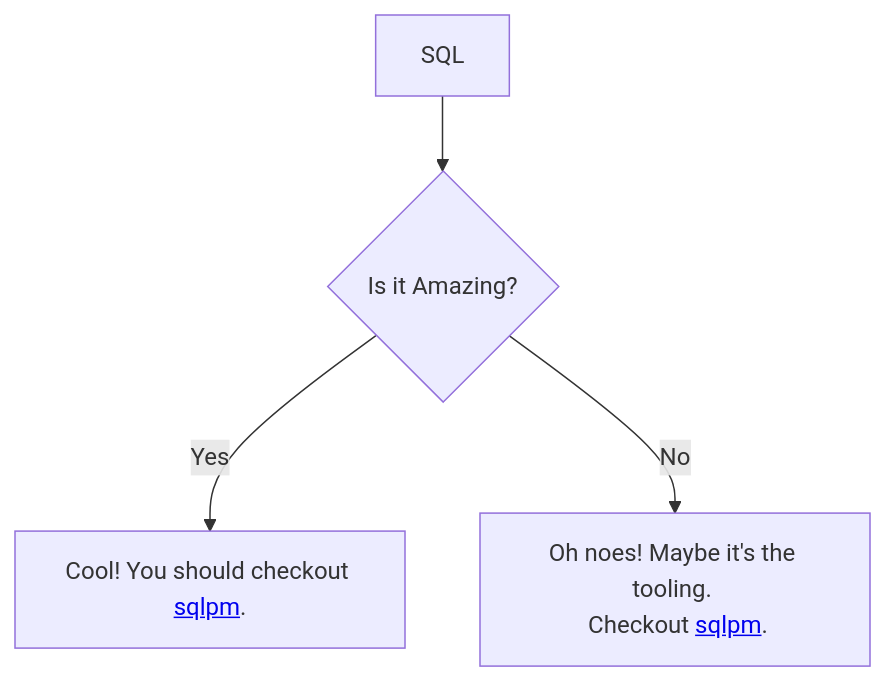
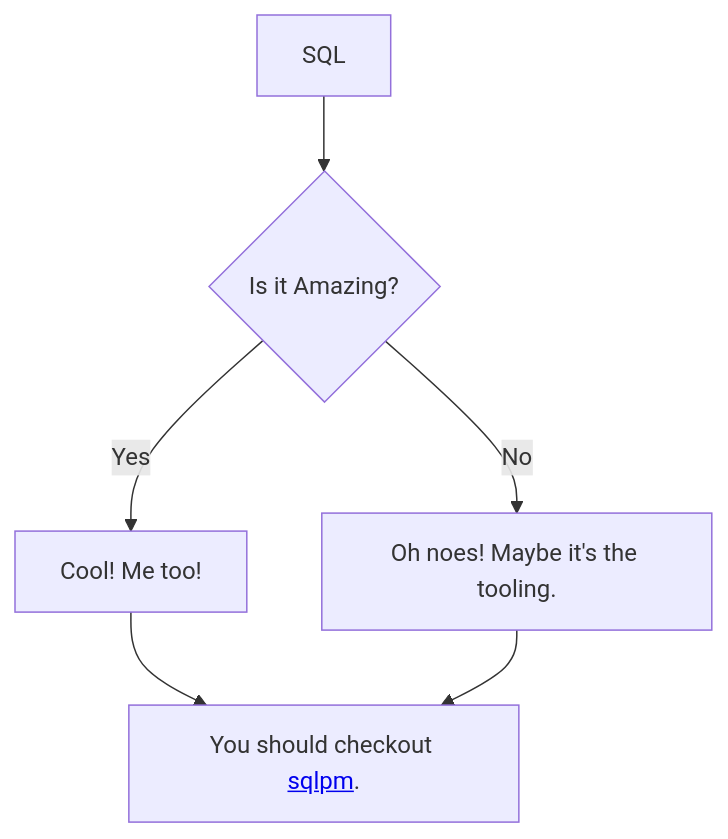
One commit to erichosick/erichosick changed the diagram in README.md. Above: the diagram before and after it, drawn with Mermaid.

````diff
--- a/README.md
+++ b/README.md
@@ -3,6 +3,9 @@
 ```mermaid
 graph TD;
   A[SQL]-->B{Is it Amazing?};
-  B -- Yes -->C[Cool! You should checkout <a href='https://github.com/erichosick/sqlpm/tree/main/packages/sqlpm'>sqlpm</a>.];
-  B -- No --> D[Oh noes! Maybe it's the tooling. <br /> Checkout <a href='https://github.com/erichosick/sqlpm/tree/main/packages/sqlpm'>sqlpm</a>.];
+  B -- Yes -->C[Cool! Me too!];
+  B -- No --> D[Oh noes! Maybe it's the tooling.];
+  C --> E
+  D --> E
+  E[You should checkout <a href='https://github.com/erichosick/sqlpm/tree/main/packages/sqlpm'>sqlpm</a>.]
 ```
````
